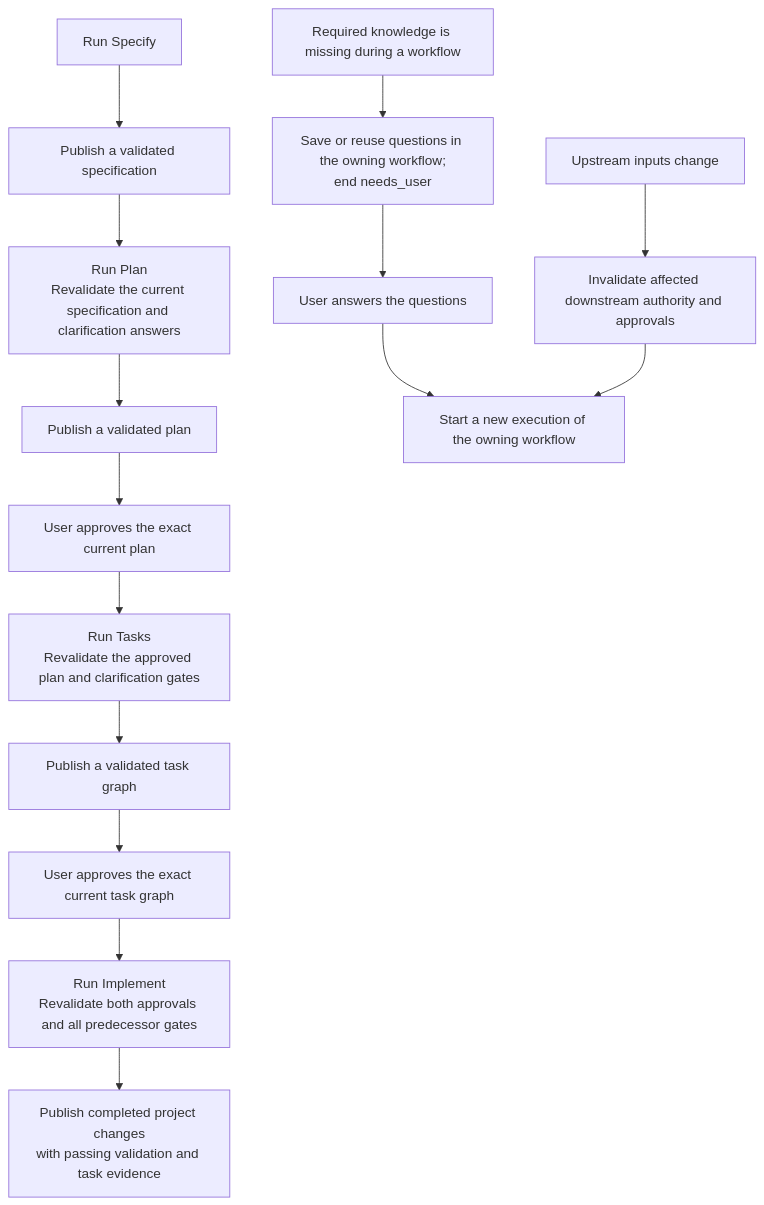
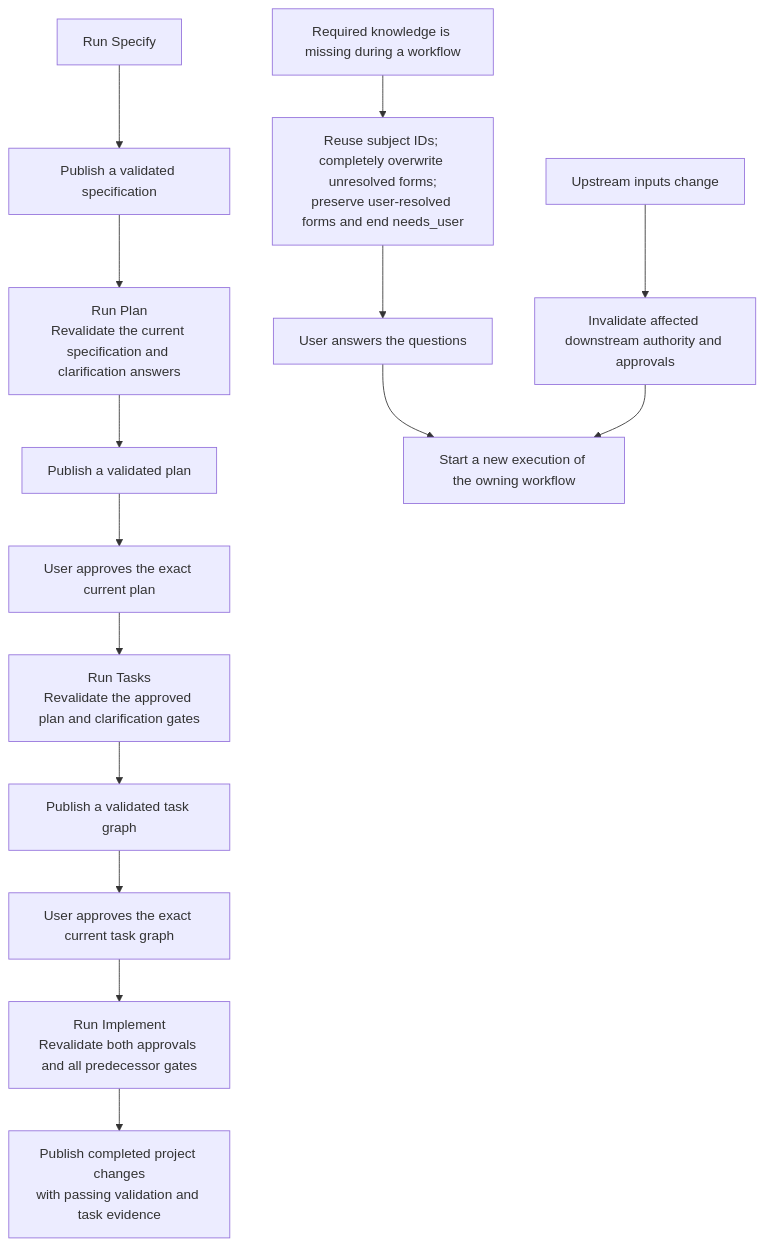
One commit to littledespot/sdde changed the diagram in design/diagrams/02-workflow-state.md. Above: the diagram before and after it, drawn with Mermaid. The commit also changed other lines of this file and 99 other files, not shown here.

````diff
--- a/design/diagrams/02-workflow-state.md
+++ b/design/diagrams/02-workflow-state.md
@@ -3,19 +3,19 @@
 ```mermaid
 flowchart TD
     SPEC["Run Specify"] --> SPECOUT["Publish a validated specification"]
     SPECOUT --> PLAN["Run Plan<br/>Revalidate the current specification and clarification answers"]
     PLAN --> PLANOUT["Publish a validated plan"]
     PLANOUT --> PLANAPPROVAL["User approves the exact current plan"]
     PLANAPPROVAL --> TASKS["Run Tasks<br/>Revalidate the approved plan and clarification gates"]
     TASKS --> TASKOUT["Publish a validated task graph"]
     TASKOUT --> TASKAPPROVAL["User approves the exact current task graph"]
     TASKAPPROVAL --> IMPLEMENT["Run Implement<br/>Revalidate both approvals and all predecessor gates"]
     IMPLEMENT --> COMPLETE["Publish completed project changes<br/>with passing validation and task evidence"]
 
-    GAP["Required knowledge is missing during a workflow"] --> CLARIFY["Save or reuse questions in the owning workflow;<br/>end needs_user"]
+    GAP["Required knowledge is missing during a workflow"] --> CLARIFY["Reuse subject IDs; completely overwrite unresolved forms;<br/>preserve user-resolved forms and end needs_user"]
     CLARIFY --> ANSWERS["User answers the questions"]
     ANSWERS --> RERUN["Start a new execution of the owning workflow"]
 
     CHANGE["Upstream inputs change"] --> INVALIDATE["Invalidate affected downstream authority and approvals"]
     INVALIDATE --> RERUN
 ```
````
